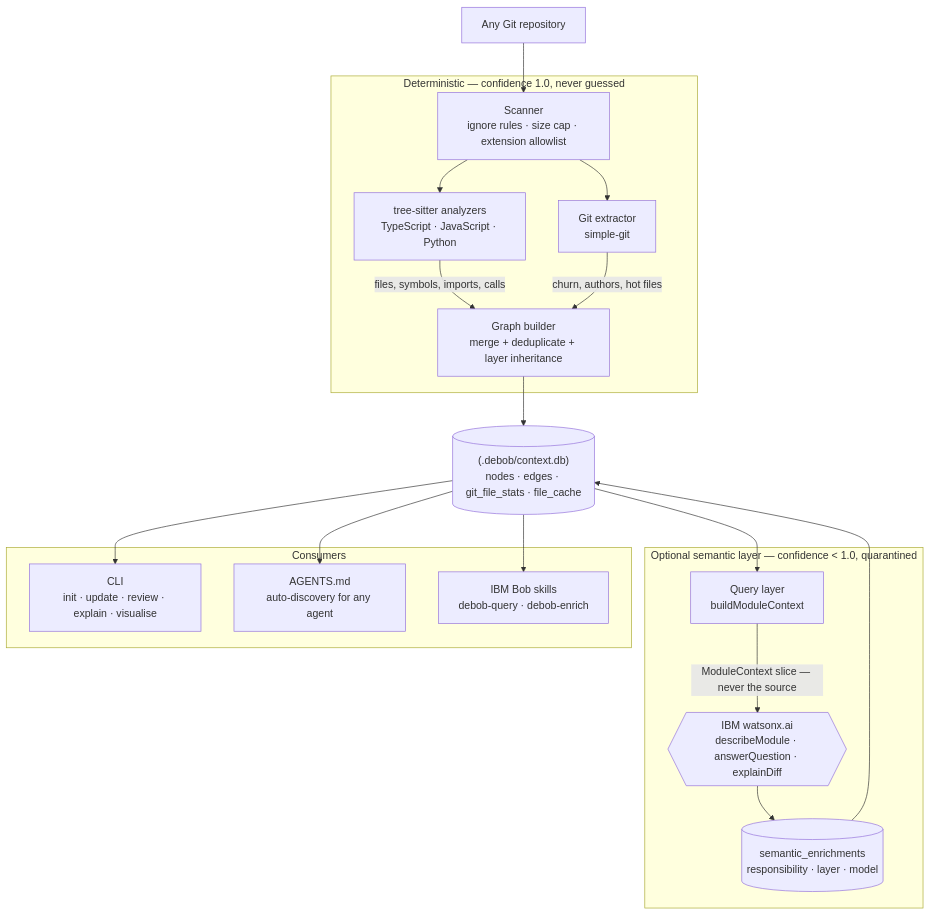
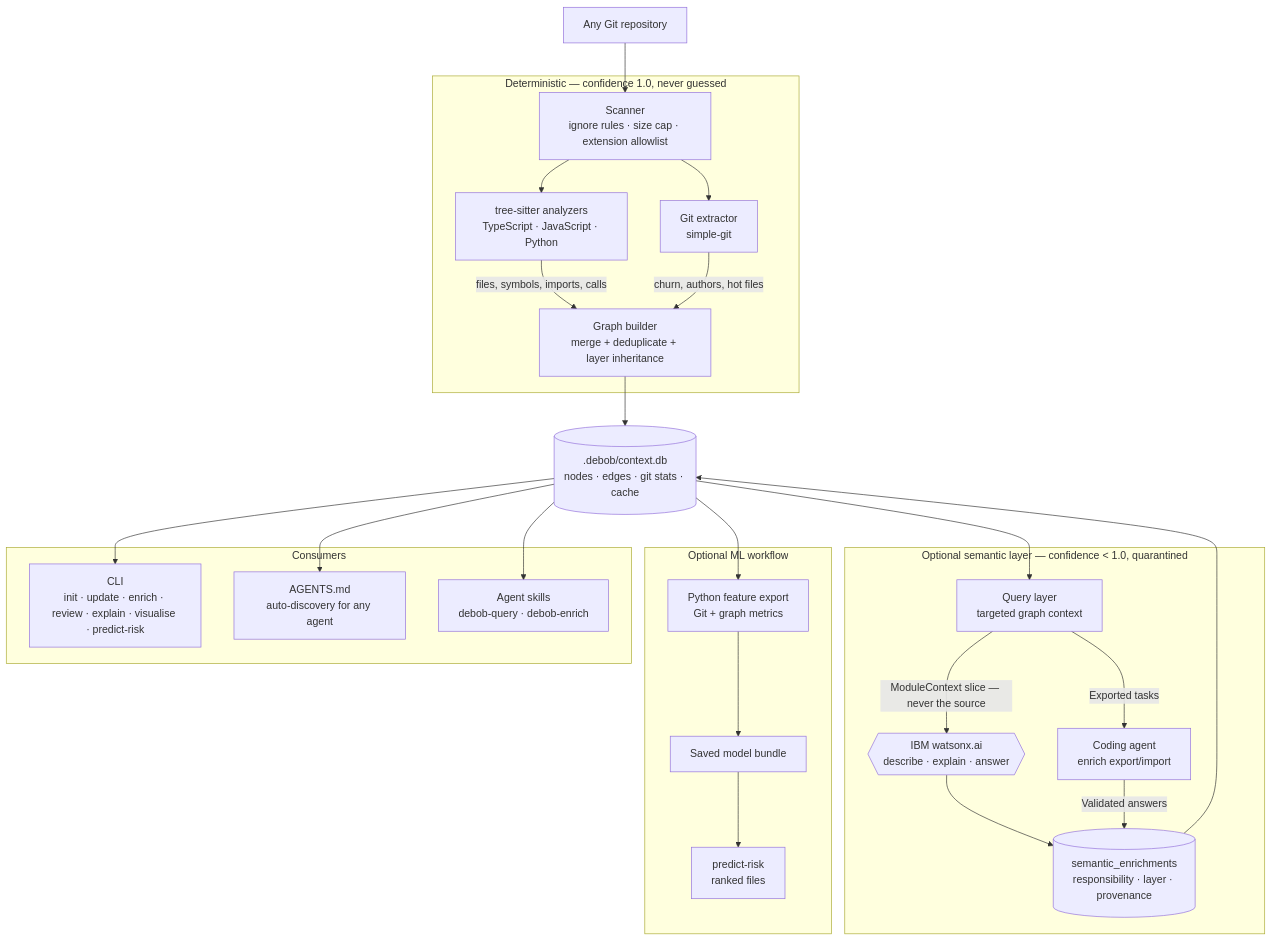
Before and after one commit to Sanjay24-05/DeBob: the diagram in README.md, drawn with Mermaid. The commit also changed other lines of this file and 1 other file, not shown here.

````diff
--- a/README.md
+++ b/README.md
@@ -359,39 +361,51 @@
 ```mermaid
 flowchart TD
     repo["Any Git repository"]
 
     subgraph det ["Deterministic — confidence 1.0, never guessed"]
         scan["Scanner<br/>ignore rules · size cap · extension allowlist"]
         ts["tree-sitter analyzers<br/>TypeScript · JavaScript · Python"]
         git["Git extractor<br/>simple-git"]
         build["Graph builder<br/>merge + deduplicate + layer inheritance"]
     end
 
-    db[("(.debob/context.db)<br/>nodes · edges · git_file_stats · file_cache")]
+    db[(".debob/context.db<br/>nodes · edges · git stats · cache")]
 
     subgraph sem ["Optional semantic layer — confidence < 1.0, quarantined"]
-        q["Query layer<br/>buildModuleContext"]
-        wx{{"IBM watsonx.ai<br/>describeModule · answerQuestion · explainDiff"}}
-        se[("semantic_enrichments<br/>responsibility · layer · model")]
+        q["Query layer<br/>targeted graph context"]
+        wx{{"IBM watsonx.ai<br/>describe · explain · answer"}}
+        agent["Coding agent<br/>enrich export/import"]
+        se[("semantic_enrichments<br/>responsibility · layer · provenance")]
     end
 
+      subgraph ml ["Optional ML workflow"]
+        features["Python feature export<br/>Git + graph metrics"]
+        model["Saved model bundle"]
+        risk["predict-risk<br/>ranked files"]
+      end
+
     subgraph out ["Consumers"]
-        cli["CLI<br/>init · update · review · explain · visualise"]
+        cli["CLI<br/>init · update · enrich · review · explain · visualise · predict-risk"]
         ag["AGENTS.md<br/>auto-discovery for any agent"]
-        bob["IBM Bob skills<br/>debob-query · debob-enrich"]
+        bob["Agent skills<br/>debob-query · debob-enrich"]
     end
 
     repo --> scan
     scan --> ts
     scan --> git
     ts -->|"files, symbols, imports, calls"| build
     git -->|"churn, authors, hot files"| build
     build --> db
     db --> q
     q -->|"ModuleContext slice — never the source"| wx
     wx --> se
+    q -->|"Exported tasks"| agent
+    agent -->|"Validated answers"| se
     se --> db
+    db --> features
+    features --> model
+    model --> risk
     db --> cli
     db --> ag
     db --> bob
 ```
````
